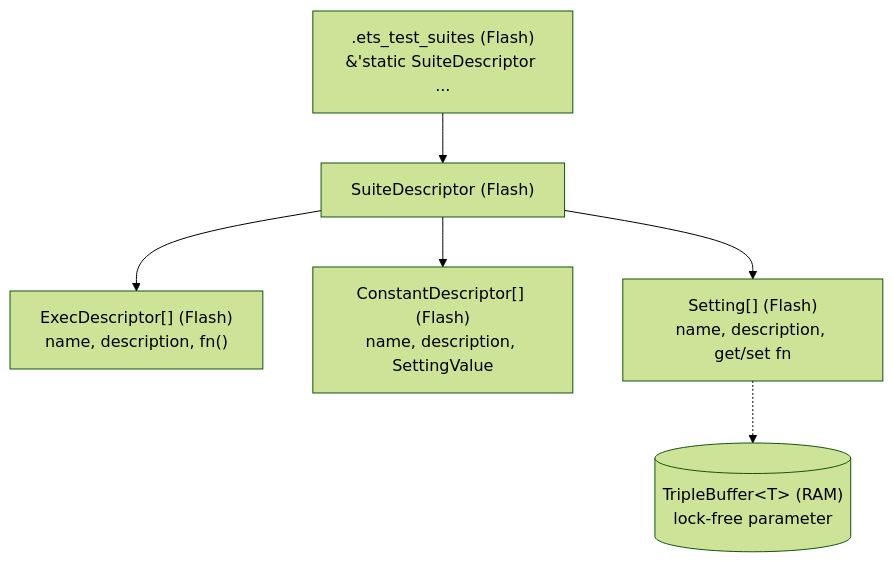
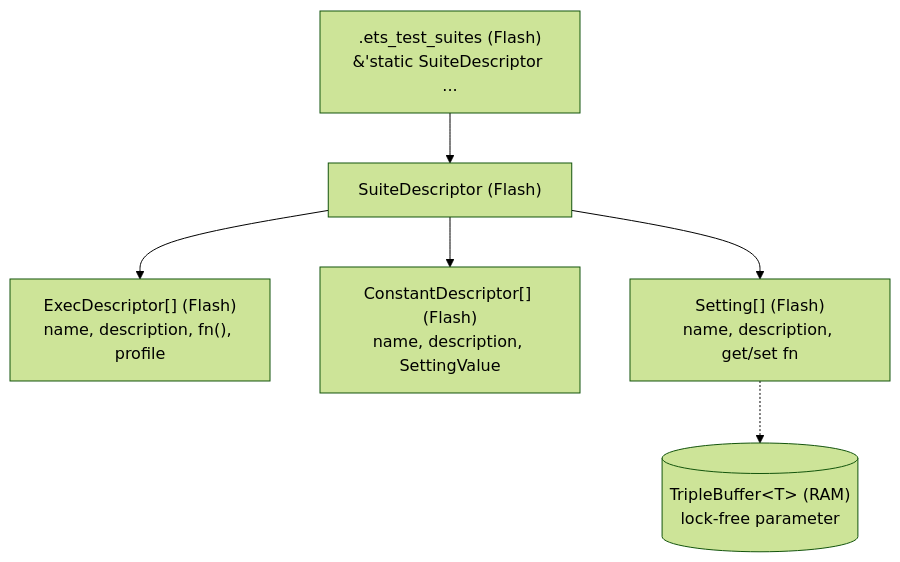
One commit to Dyse-Industries/control-rs changed the diagram in documentation/ets/test-suite-design.md. Above: the diagram before and after it, drawn with Mermaid (forest theme). The commit also changed other lines of this file and 11 other files, not shown here.

````diff
--- a/documentation/ets/test-suite-design.md
+++ b/documentation/ets/test-suite-design.md
@@ -89,14 +98,14 @@
 ```mermaid
 flowchart TD
     SEC[".ets_test_suites (Flash)<br/>&'static SuiteDescriptor ..."]
     SD["SuiteDescriptor (Flash)"]
-    EX["ExecDescriptor[] (Flash)<br/>name, description, fn()"]
+    EX["ExecDescriptor[] (Flash)<br/>name, description, fn(), profile"]
     CD["ConstantDescriptor[] (Flash)<br/>name, description, SettingValue"]
     SS["Setting[] (Flash)<br/>name, description, get/set fn"]
     TB[("TripleBuffer&lt;T&gt; (RAM)<br/>lock-free parameter")]
     SEC --> SD
     SD --> EX
     SD --> CD
     SD --> SS
     SS -.-> TB
 ```
````
